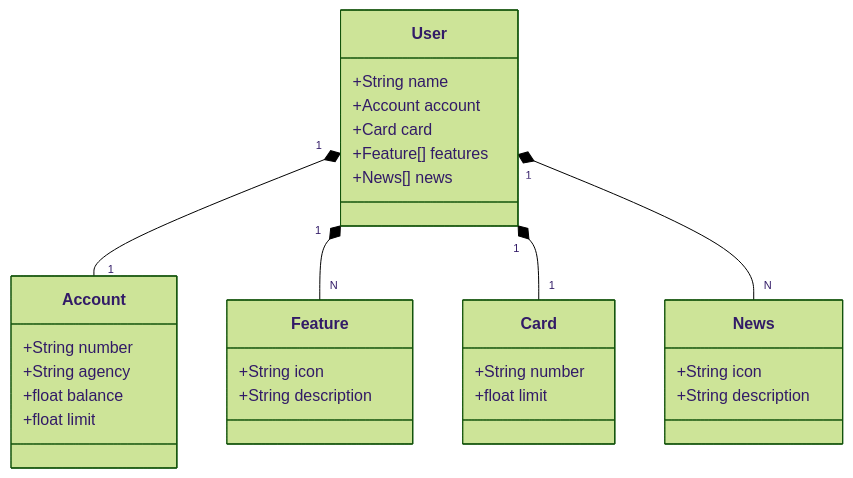
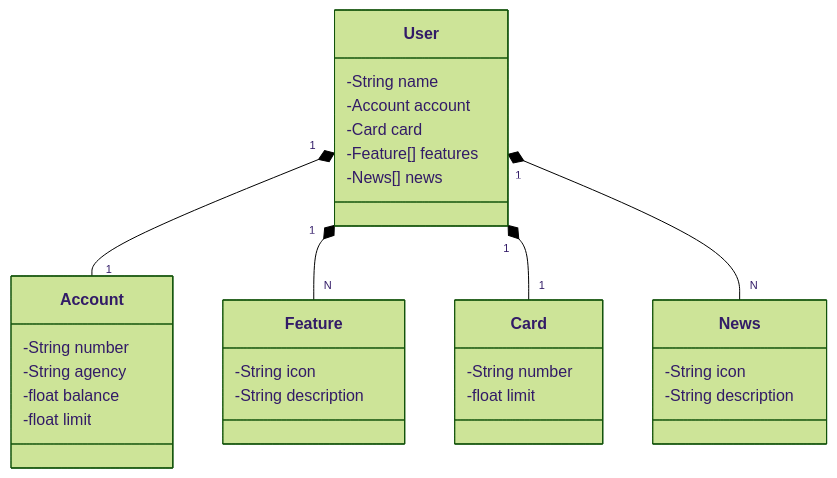
Before and after one commit to brunnolink/Bank: the diagram in README.md, drawn with Mermaid (forest theme).

````diff
--- a/README.md
+++ b/README.md
@@ -5,39 +5,39 @@
 ```mermaid
 classDiagram
     class User {
-        +String name
-        +Account account
-        +Card card
-        +Feature[] features
-        +News[] news
+        -String name
+        -Account account
+        -Card card
+        -Feature[] features
+        -News[] news
     }
 
     class Account {
-        +String number
-        +String agency
-        +float balance
-        +float limit
+        -String number
+        -String agency
+        -float balance
+        -float limit
     }
 
     class Card {
-        +String number
-        +float limit
+        -String number
+        -float limit
     }
 
     class Feature {
-        +String icon
-        +String description
+        -String icon
+        -String description
     }
 
     class News {
-        +String icon
-        +String description
+        -String icon
+        -String description
     }
 
     User "1" *-- "1" Account
     User "1" *-- "N" Feature
     User "1" *-- "1" Card
     User "1" *-- "N" News
     
   
 ```
````
